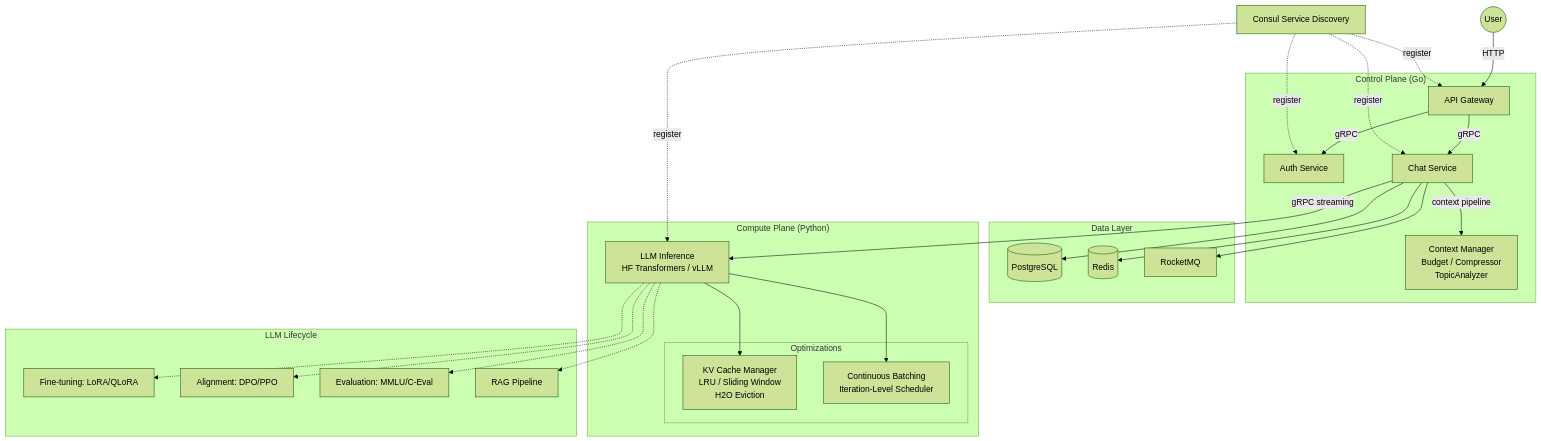
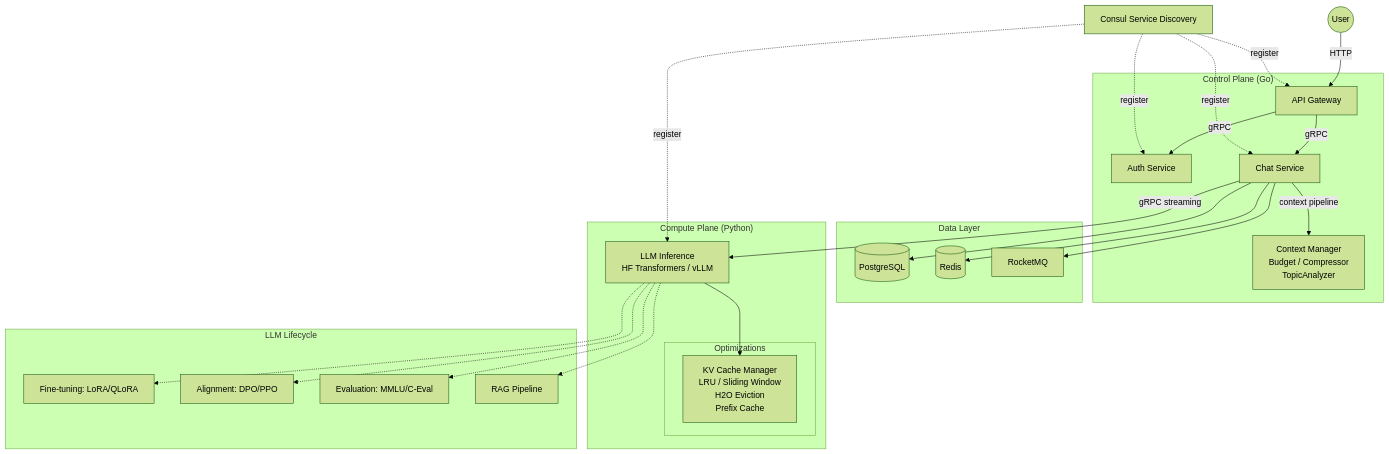
One commit to Einspanner123/free-chat changed the diagram in README.md. Above: the diagram before and after it, drawn with Mermaid (forest theme). The commit also changed other lines of this file and 49 other files, not shown here.

````diff
--- a/README.md
+++ b/README.md
@@ -174,55 +174,54 @@
 ```mermaid
 graph TB
     subgraph "Control Plane (Go)"
         Gateway[API Gateway]
         Auth[Auth Service]
         Chat[Chat Service]
         Chat -->|context pipeline| Context[Context Manager
 Budget / Compressor
 TopicAnalyzer]
     end
     
     subgraph "Data Layer"
         DB[(PostgreSQL)]
         Cache[(Redis)]
         MQ[RocketMQ]
     end
     
     subgraph "Compute Plane (Python)"
         LLM[LLM Inference
 HF Transformers / vLLM]
         subgraph "Optimizations"
             KV[KV Cache Manager
 LRU / Sliding Window
-H2O Eviction]
-            Sched[Continuous Batching
-Iteration-Level Scheduler]
+H2O Eviction
+Prefix Cache]
         end
     end
     
     subgraph "LLM Lifecycle"
         Finetune[Fine-tuning: LoRA/QLoRA]
         Align[Alignment: DPO/PPO]
         Eval[Evaluation: MMLU/C-Eval]
         RAG[RAG Pipeline]
     end
     
     User((User)) -->|HTTP| Gateway
     Gateway -->|gRPC| Auth
     Gateway -->|gRPC| Chat
     Chat --> DB
     Chat --> Cache
     Chat --> MQ
     Chat -->|gRPC streaming| LLM
     LLM --> KV
-    LLM --> Sched
+    
     LLM -.-> Finetune
     LLM -.-> Align
     LLM -.-> Eval
     LLM -.-> RAG
     
     Consul[Consul Service Discovery] -.->|register| Gateway
     Consul -.->|register| Auth
     Consul -.->|register| Chat
     Consul -.->|register| LLM
 ```
````
